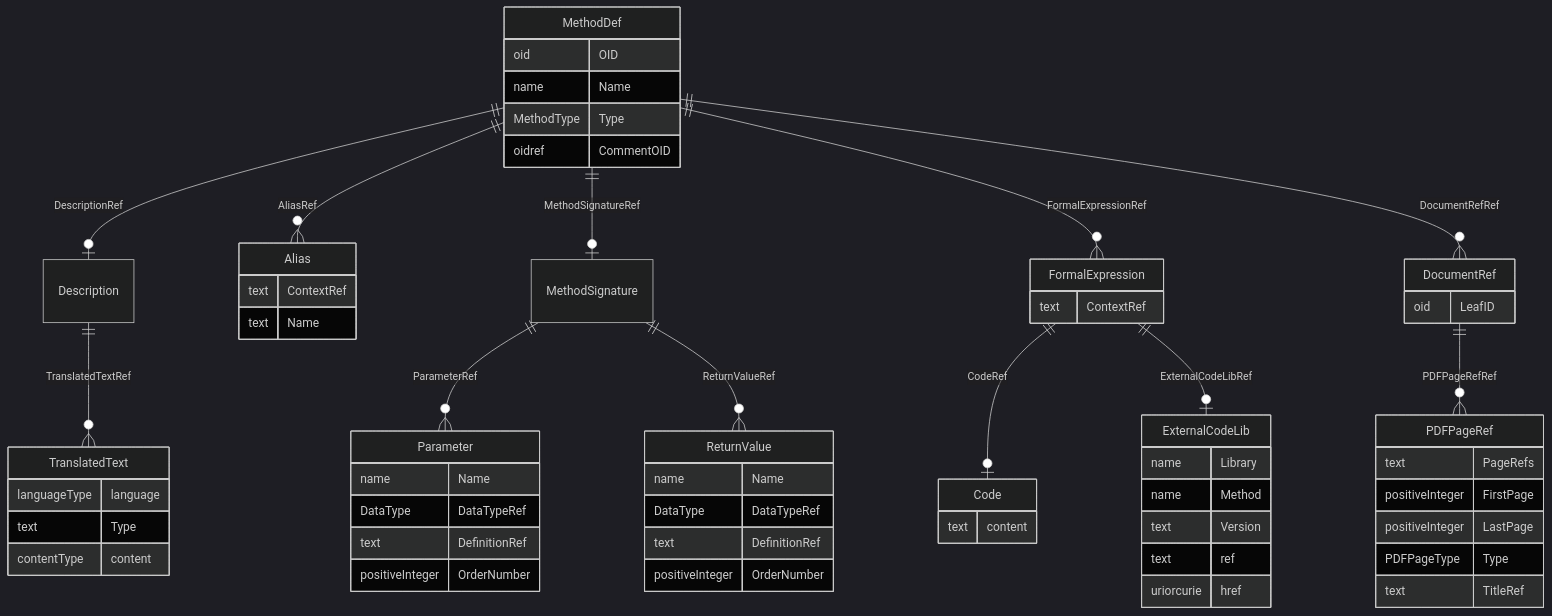
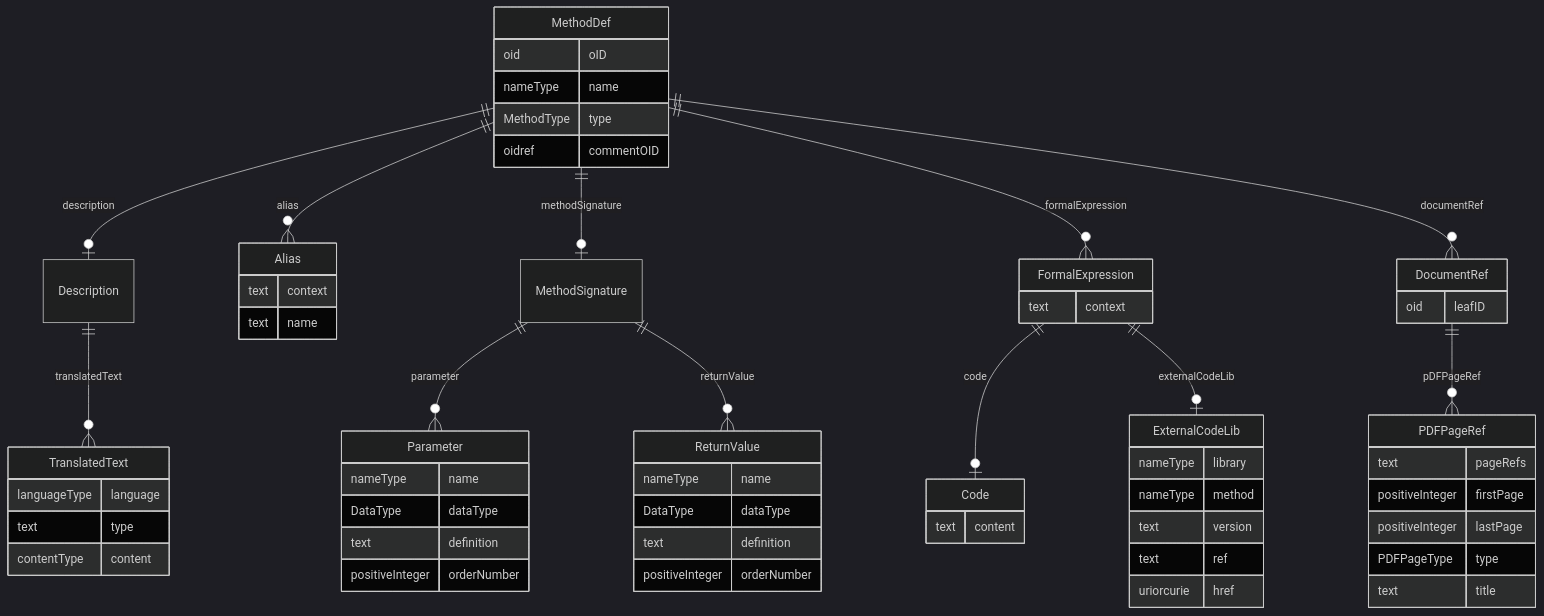
One commit to cdisc-org/DataExchange-ODM-LinkML changed the diagram in docs/MethodDef.md. Above: the diagram before and after it, drawn with Mermaid (dark theme). The commit also changed other lines of this file and 759 other files, not shown here.

````diff
--- a/docs/MethodDef.md
+++ b/docs/MethodDef.md
@@ -11,72 +11,72 @@
 ```mermaid
 erDiagram
 MethodDef {
-    oid OID  
-    name Name  
-    MethodType Type  
-    oidref CommentOID  
+    oid oID  
+    nameType name  
+    MethodType type  
+    oidref commentOID  
 }
 DocumentRef {
-    oid LeafID  
+    oid leafID  
 }
 PDFPageRef {
-    text PageRefs  
-    positiveInteger FirstPage  
-    positiveInteger LastPage  
-    PDFPageType Type  
-    text TitleRef  
+    text pageRefs  
+    positiveInteger firstPage  
+    positiveInteger lastPage  
+    PDFPageType type  
+    text title  
 }
 Alias {
-    text ContextRef  
-    text Name  
+    text context  
+    text name  
 }
 FormalExpression {
-    text ContextRef  
+    text context  
 }
 ExternalCodeLib {
-    name Library  
-    name Method  
-    text Version  
+    nameType library  
+    nameType method  
+    text version  
     text ref  
     uriorcurie href  
 }
 Code {
     text content  
 }
 MethodSignature {
 
 }
 ReturnValue {
-    name Name  
-    DataType DataTypeRef  
-    text DefinitionRef  
-    positiveInteger OrderNumber  
+    nameType name  
+    DataType dataType  
+    text definition  
+    positiveInteger orderNumber  
 }
 Parameter {
-    name Name  
-    DataType DataTypeRef  
-    text DefinitionRef  
-    positiveInteger OrderNumber  
+    nameType name  
+    DataType dataType  
+    text definition  
+    positiveInteger orderNumber  
 }
 Description {
 
 }
 TranslatedText {
     languageType language  
-    text Type  
+    text type  
     contentType content  
 }
 
-MethodDef ||--|o Description : "DescriptionRef"
-MethodDef ||--|o MethodSignature : "MethodSignatureRef"
-MethodDef ||--}o FormalExpression : "FormalExpressionRef"
-MethodDef ||--}o Alias : "AliasRef"
-MethodDef ||--}o DocumentRef : "DocumentRefRef"
-DocumentRef ||--}o PDFPageRef : "PDFPageRefRef"
-FormalExpression ||--|o Code : "CodeRef"
-FormalExpression ||--|o ExternalCodeLib : "ExternalCodeLibRef"
-MethodSignature ||--}o Parameter : "ParameterRef"
-MethodSignature ||--}o ReturnValue : "ReturnValueRef"
-Description ||--}o TranslatedText : "TranslatedTextRef"
+MethodDef ||--|o Description : "description"
+MethodDef ||--|o MethodSignature : "methodSignature"
+MethodDef ||--}o FormalExpression : "formalExpression"
+MethodDef ||--}o Alias : "alias"
+MethodDef ||--}o DocumentRef : "documentRef"
+DocumentRef ||--}o PDFPageRef : "pDFPageRef"
+FormalExpression ||--|o Code : "code"
+FormalExpression ||--|o ExternalCodeLib : "externalCodeLib"
+MethodSignature ||--}o Parameter : "parameter"
+MethodSignature ||--}o ReturnValue : "returnValue"
+Description ||--}o TranslatedText : "translatedText"
 
 ```
````
